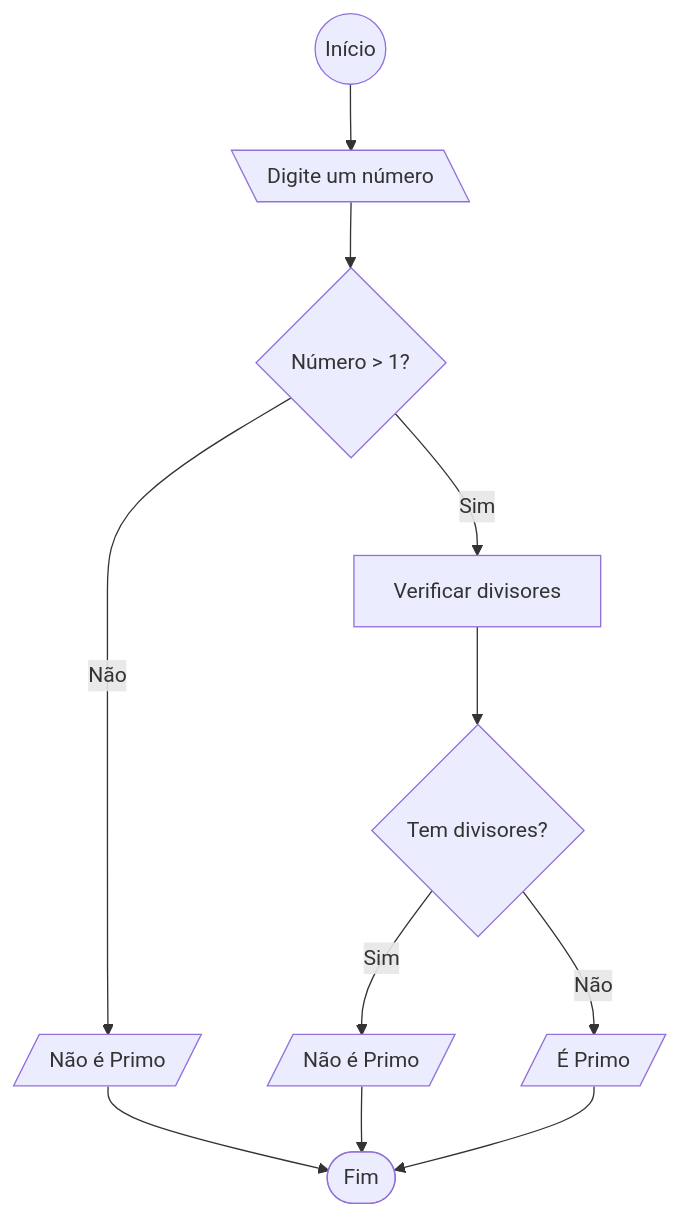
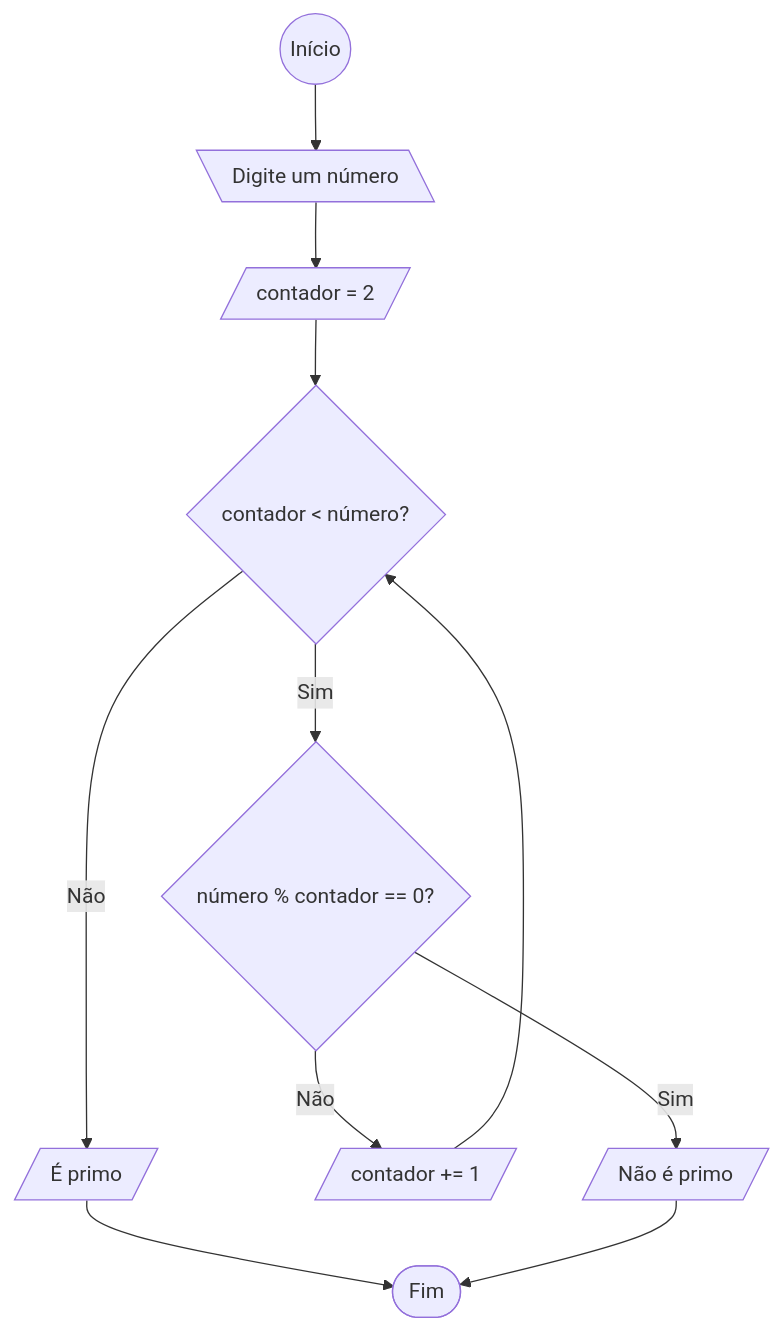
The tenth of 10 diagrams in lista_de_exercicios/LP_Lista_01/README.md (gabrrkl7/LP_SENAI), drawn with Mermaid before and after one commit. The commit also changed other lines of this file and 21 other files, not shown here.

````diff
--- a/lista_de_exercicios/LP_Lista_01/README.md
+++ b/lista_de_exercicios/LP_Lista_01/README.md
@@ -142,14 +141,13 @@
    ```mermaid
    flowchart TD
-    start(( Início )) --> input[\ Digite um número \]
-    input --> verification{Número > 1?}
-    verification --> |Não| A[/ Não é Primo /]
-    verification --> |Sim| check[Verificar divisores]
-    check --> divisors{Tem divisores?}
-    divisors --> |Sim| B[/ Não é Primo /]
-    divisors --> |Não| C[/ É Primo /]
-    A --> finish([ Fim ])
-    B --> finish
-    C --> finish
-
+        start(( Início )) --> input[\ Digite um número \]
+        input --> init[/ contador = 2 /]
+        init --> loop{ contador < número? }
+        loop --> |Sim| modCheck{ número % contador == 0? }
+        modCheck --> |Sim| naoPrimo[/ Não é primo /]
+        modCheck --> |Não| inc[/ contador += 1 /]
+        inc --> loop
+        loop --> |Não| primo[/ É primo /]
+        primo --> fim([ Fim ])
+        naoPrimo --> fim
    ```
````
